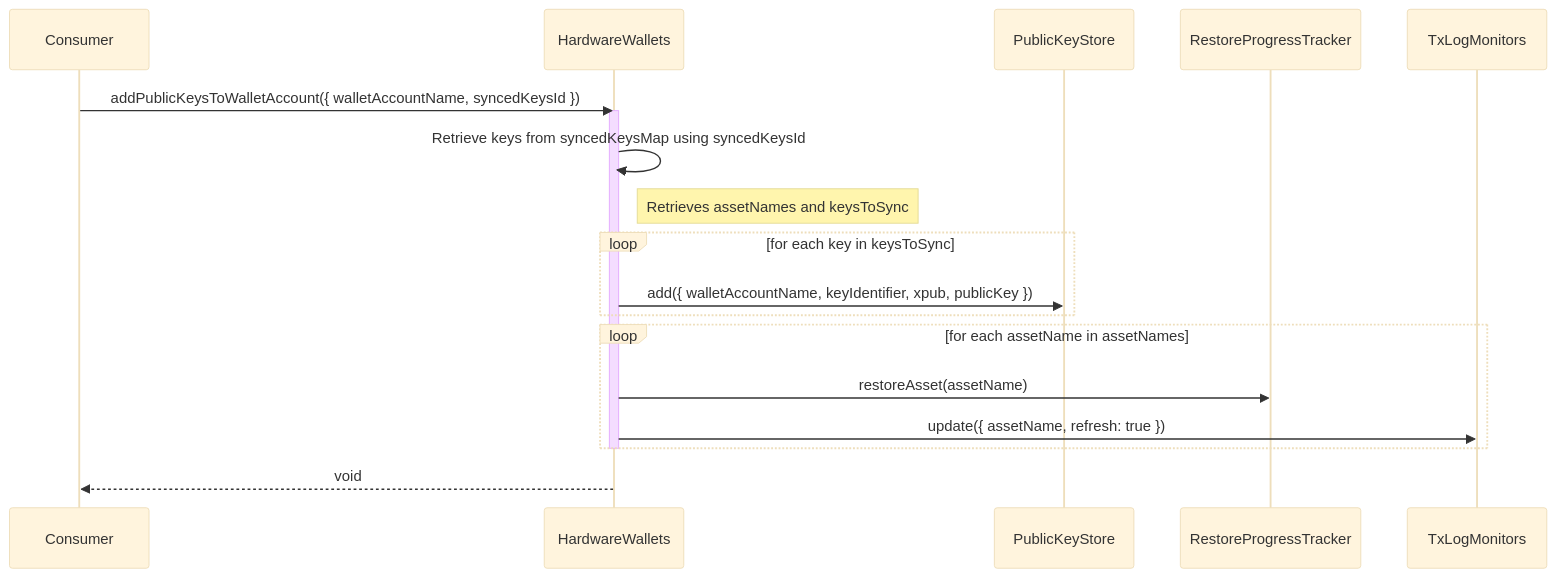
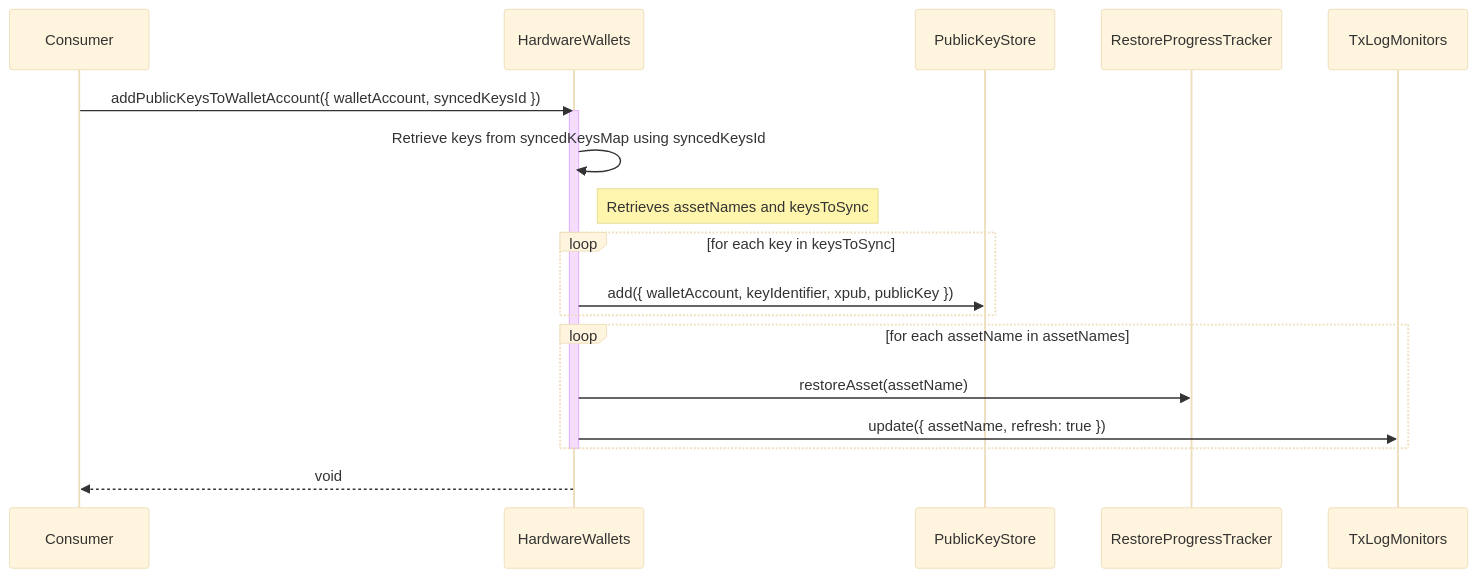
The third of 3 diagrams in features/hardware-wallets/README.md (ExodusOSS/hydra), drawn with Mermaid (base theme) before and after one commit. The commit also changed other lines of this file and 1084 other files, not shown here.

````diff
--- a/features/hardware-wallets/README.md
+++ b/features/hardware-wallets/README.md
@@ -128,27 +128,27 @@
 ```mermaid
 sequenceDiagram
     participant Consumer
     participant HardwareWallets
     participant PublicKeyStore
     participant RestoreProgressTracker
     participant TxLogMonitors
 
-    Consumer->>HardwareWallets: addPublicKeysToWalletAccount({ walletAccountName, syncedKeysId })
+    Consumer->>HardwareWallets: addPublicKeysToWalletAccount({ walletAccount, syncedKeysId })
     activate HardwareWallets
 
     HardwareWallets->>HardwareWallets: Retrieve keys from syncedKeysMap using syncedKeysId
     Note right of HardwareWallets: Retrieves assetNames and keysToSync
 
     loop for each key in keysToSync
-        HardwareWallets->>PublicKeyStore: add({ walletAccountName, keyIdentifier, xpub, publicKey })
+        HardwareWallets->>PublicKeyStore: add({ walletAccount, keyIdentifier, xpub, publicKey })
 
     end
 
     loop for each assetName in assetNames
         HardwareWallets->>RestoreProgressTracker: restoreAsset(assetName)
         HardwareWallets->>TxLogMonitors: update({ assetName, refresh: true })
     end
 
     deactivate HardwareWallets
     HardwareWallets-->>Consumer: void
 ```
````
